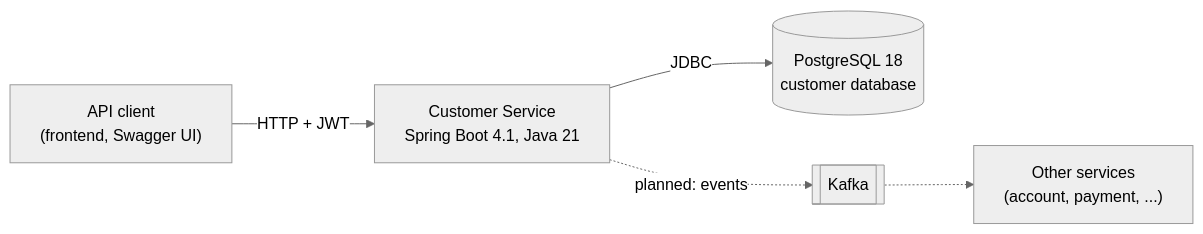
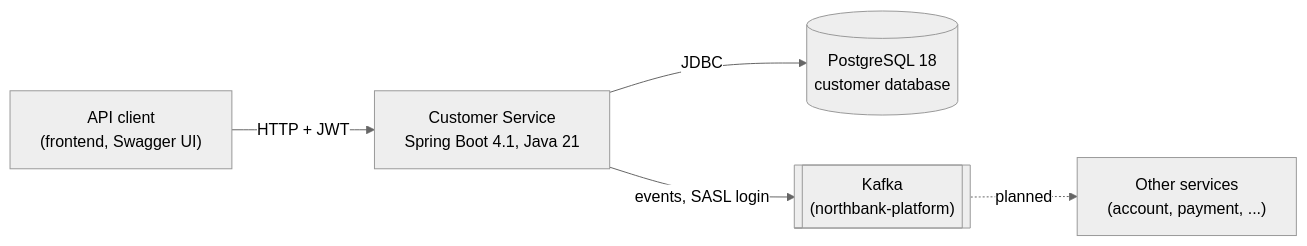
The first of 6 diagrams in docs/architecture.md (Krisliltech/northbank-customer-service), drawn with Mermaid (neutral theme) before and after one commit. The commit also changed other lines of this file and 7 other files, not shown here.

Commit message:
docs: architecture, database, event contract and Kafka setup; add test TODO

````diff
--- a/docs/architecture.md
+++ b/docs/architecture.md
@@ -8,7 +8,7 @@
 ```mermaid
 flowchart LR
     Client["API client<br/>(frontend, Swagger UI)"] -->|HTTP + JWT| CS["Customer Service<br/>Spring Boot 4.1, Java 21"]
     CS -->|JDBC| DB[("PostgreSQL 18<br/>customer database")]
-    CS -.->|planned: events| K[["Kafka"]]
-    K -.-> Other["Other services<br/>(account, payment, ...)"]
+    CS -->|events, SASL login| K[["Kafka<br/>(northbank-platform)"]]
+    K -.->|planned| Other["Other services<br/>(account, payment, ...)"]
 ```
````
